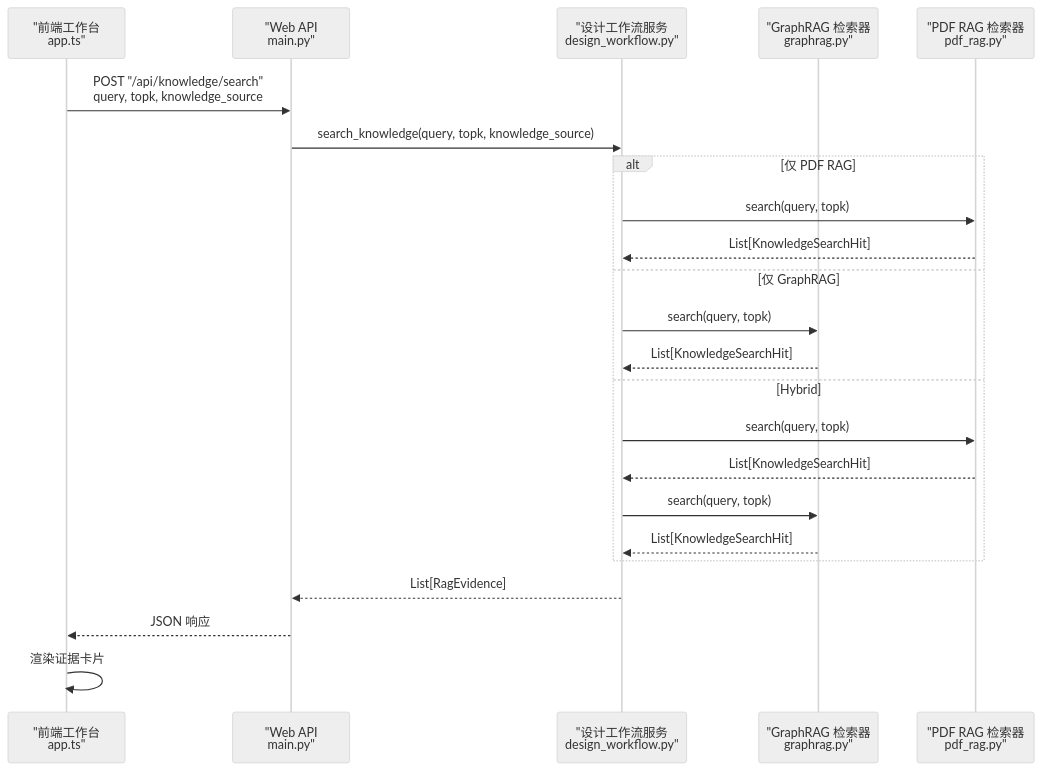
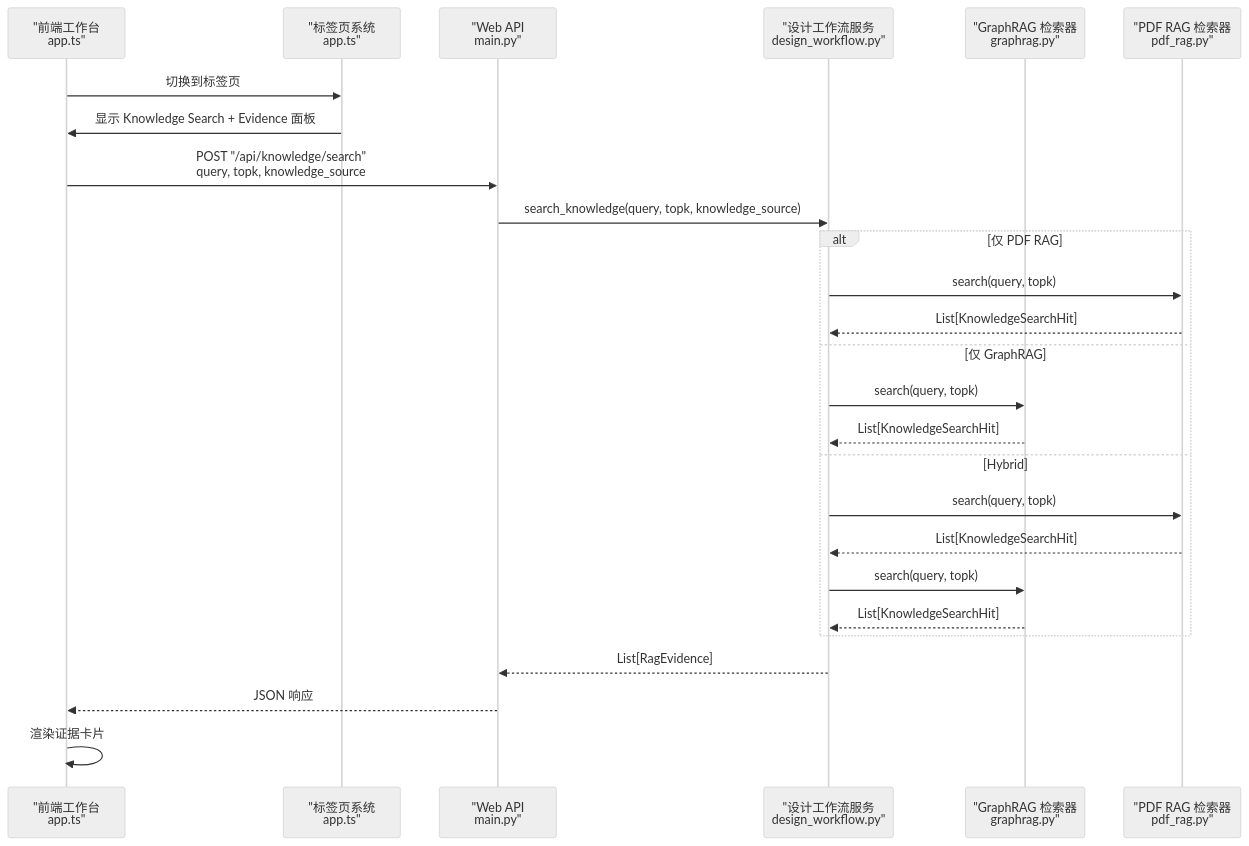
One commit to wsqstar/RoadGen3D changed the third of 8 diagrams in .qoder/repowiki/zh/content/Web界面系统/工作台界面/知识检索面板.md. Above: the diagram before and after it, drawn with Mermaid (neutral theme). The commit also changed other lines of this file and 8 other files, not shown here.

````diff
--- a/.qoder/repowiki/zh/content/Web界面系统/工作台界面/知识检索面板.md
+++ b/.qoder/repowiki/zh/content/Web界面系统/工作台界面/知识检索面板.md
@@ -94,25 +158,28 @@
 ```mermaid
 sequenceDiagram
 participant FE as "前端工作台<br/>app.ts"
+participant TAB as "标签页系统<br/>app.ts"
 participant API as "Web API<br/>main.py"
 participant SVC as "设计工作流服务<br/>design_workflow.py"
 participant GR as "GraphRAG 检索器<br/>graphrag.py"
 participant PR as "PDF RAG 检索器<br/>pdf_rag.py"
+FE->>TAB : 切换到标签页 #2 (Evidence)
+TAB->>FE : 显示 Knowledge Search + Evidence 面板
 FE->>API : POST "/api/knowledge/search"<br/>query, topk, knowledge_source
 API->>SVC : search_knowledge(query, topk, knowledge_source)
 alt 仅 PDF RAG
 SVC->>PR : search(query, topk)
 PR-->>SVC : List[KnowledgeSearchHit]
 else 仅 GraphRAG
 SVC->>GR : search(query, topk)
 GR-->>SVC : List[KnowledgeSearchHit]
 else Hybrid
 SVC->>PR : search(query, topk)
 PR-->>SVC : List[KnowledgeSearchHit]
 SVC->>GR : search(query, topk)
 GR-->>SVC : List[KnowledgeSearchHit]
 end
 SVC-->>API : List[RagEvidence]
 API-->>FE : JSON 响应
 FE->>FE : 渲染证据卡片
 ```
````
